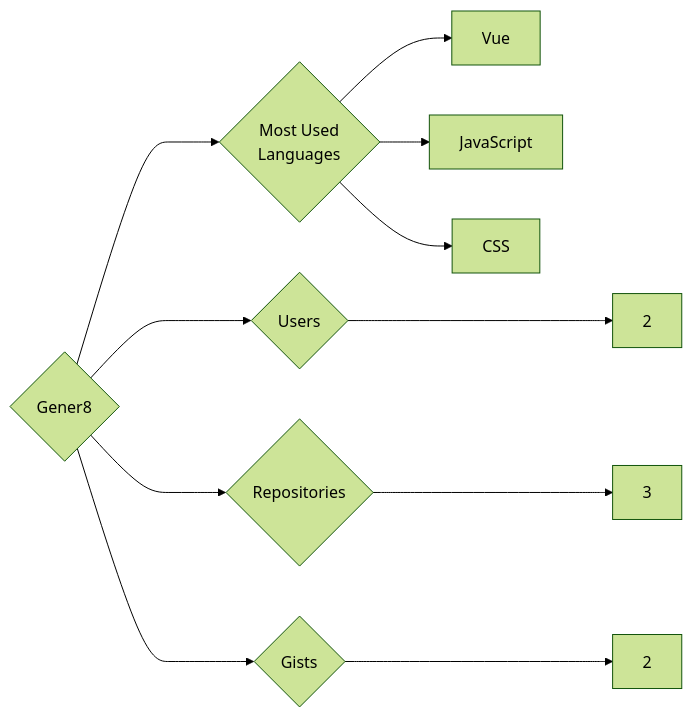
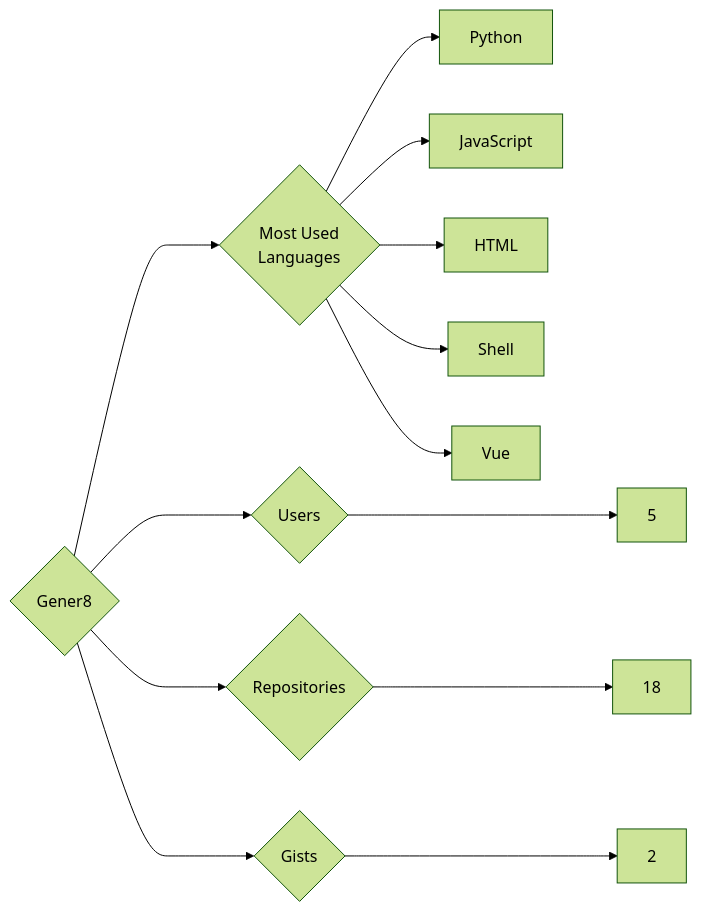
One commit to trickest/insiders changed the diagram in targets/Gener8/README.md. Above: the diagram before and after it, drawn with Mermaid (forest theme). The commit also changed 618 other files, not shown here.

````diff
--- a/targets/Gener8/README.md
+++ b/targets/Gener8/README.md
@@ -3,11 +3,13 @@
 ```mermaid
 graph LR
 COMPANY_NAME{Gener8}
-COMPANY_NAME ---> U{Users} ---> UN[2]
-COMPANY_NAME ---> R{Repositories} ---> RN[3]
+COMPANY_NAME ---> U{Users} ---> UN[5]
+COMPANY_NAME ---> R{Repositories} ---> RN[18]
 COMPANY_NAME ---> G{Gists} ---> GN[2]
 COMPANY_NAME ---> ML{Most Used<br>Languages}
+ML --> Python[Python]
+ML --> JavaScript[JavaScript]
+ML --> HTML[HTML]
+ML --> Shell[Shell]
 ML --> Vue[Vue]
-ML --> JavaScript[JavaScript]
-ML --> CSS[CSS]
 ```
````
